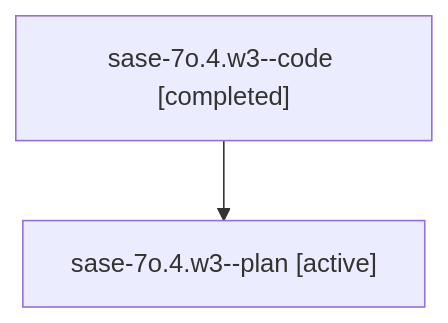
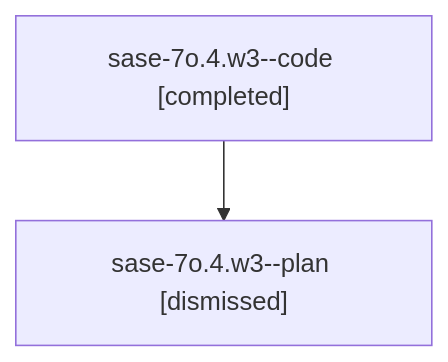
Before and after one commit to sase-org/sase--agents: the diagram in sessions/bbugyi200.athena.sase-7o.4.w3.md, drawn with Mermaid. The commit also changed other lines of this file and 53 other files, not shown here.

````diff
--- a/sessions/bbugyi200.athena.sase-7o.4.w3.md
+++ b/sessions/bbugyi200.athena.sase-7o.4.w3.md
@@ -9,6 +9,6 @@
 ```mermaid
 flowchart TD
   n0["sase-7o.4.w3--code [completed]"]
-  n1["sase-7o.4.w3--plan [active]"]
+  n1["sase-7o.4.w3--plan [dismissed]"]
   n0 --> n1
 ```
````
